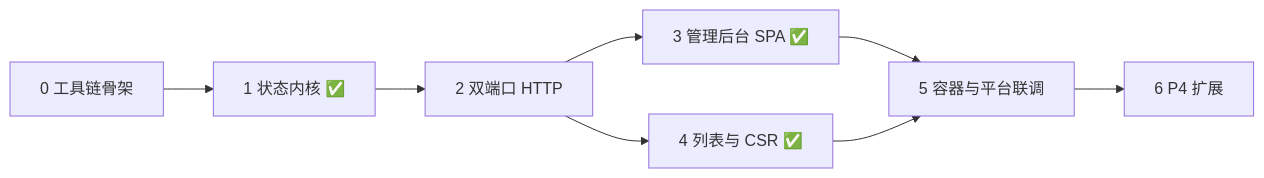
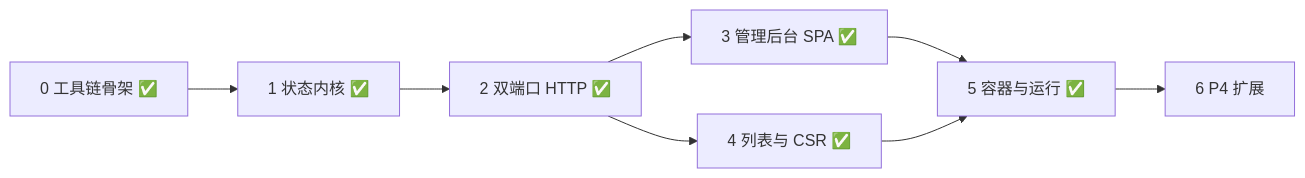
The diagram in plan/README.md (webmonitor/mocksite), drawn with Mermaid before and after one commit. The commit also changed other lines of this file and 13 other files, not shown here.

````diff
--- a/plan/README.md
+++ b/plan/README.md
@@ -11,10 +11,10 @@
 ```mermaid
 graph LR
-  S0[0 工具链骨架] --> S1[1 状态内核 ✅]
-  S1 --> S2[2 双端口 HTTP]
+  S0[0 工具链骨架 ✅] --> S1[1 状态内核 ✅]
+  S1 --> S2[2 双端口 HTTP ✅]
   S2 --> S3[3 管理后台 SPA ✅]
   S2 --> S4[4 列表与 CSR ✅]
-  S3 --> S5[5 容器与平台联调]
+  S3 --> S5[5 容器与运行 ✅]
   S4 --> S5
   S5 --> S6[6 P4 扩展]
 ```
````
